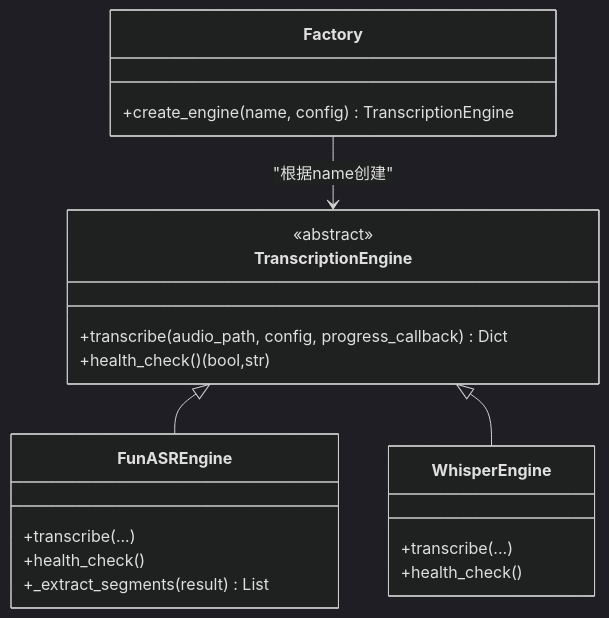
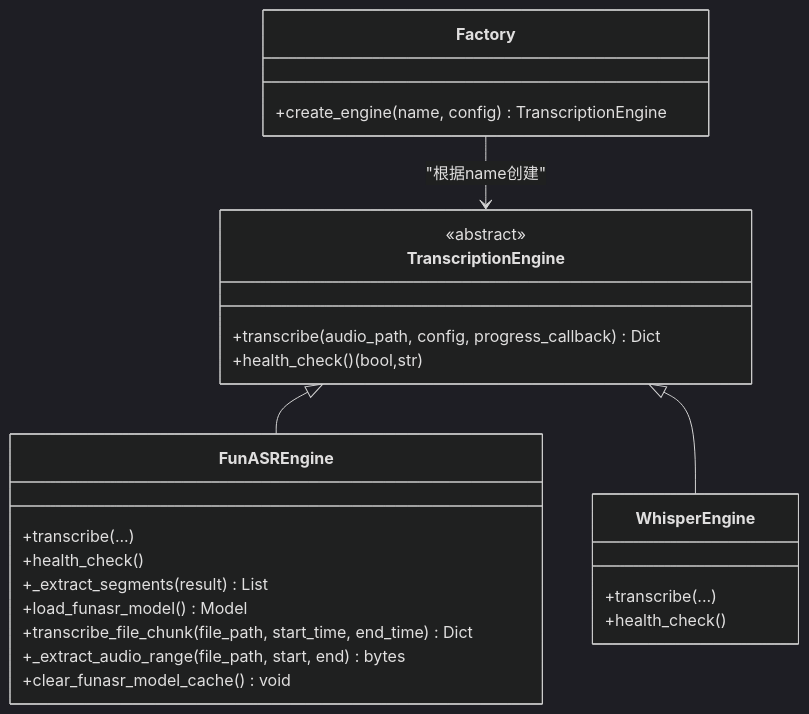
The third of 8 diagrams in .qoder/repowiki/zh/content/语音识别引擎/FunASR集成.md (boyingliu01/VideoSplitter), drawn with Mermaid (dark theme) before and after one commit. The commit also changed other lines of this file and 147 other files, not shown here.

````diff
--- a/.qoder/repowiki/zh/content/语音识别引擎/FunASR集成.md
+++ b/.qoder/repowiki/zh/content/语音识别引擎/FunASR集成.md
@@ -137,23 +144,27 @@
 ```mermaid
 classDiagram
 class TranscriptionEngine {
 <<abstract>>
 +transcribe(audio_path, config, progress_callback) Dict
 +health_check() (bool,str)
 }
 class FunASREngine {
 +transcribe(...)
 +health_check()
 +_extract_segments(result) List
++load_funasr_model() Model
++transcribe_file_chunk(file_path, start_time, end_time) Dict
++_extract_audio_range(file_path, start, end) bytes
++clear_funasr_model_cache() void
 }
 class WhisperEngine {
 +transcribe(...)
 +health_check()
 }
 class Factory {
 +create_engine(name, config) TranscriptionEngine
 }
 TranscriptionEngine <|-- FunASREngine
 TranscriptionEngine <|-- WhisperEngine
 Factory --> TranscriptionEngine : "根据name创建"
 ```
````
